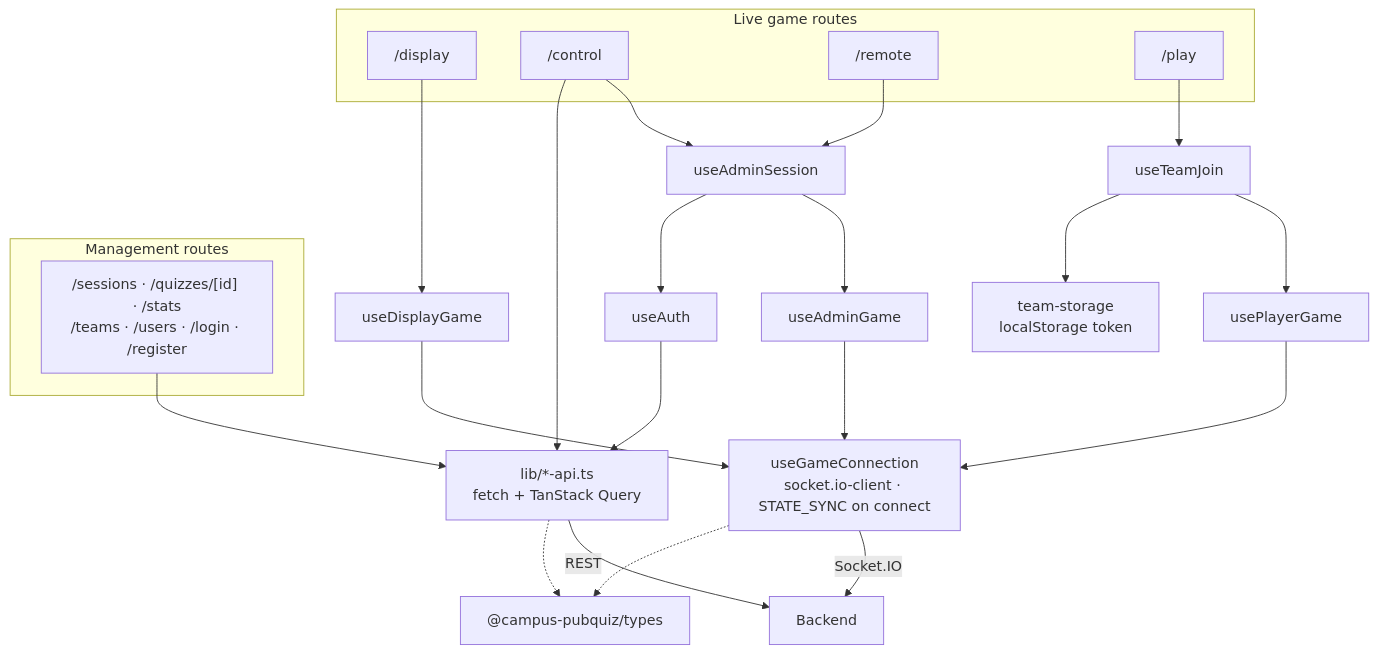
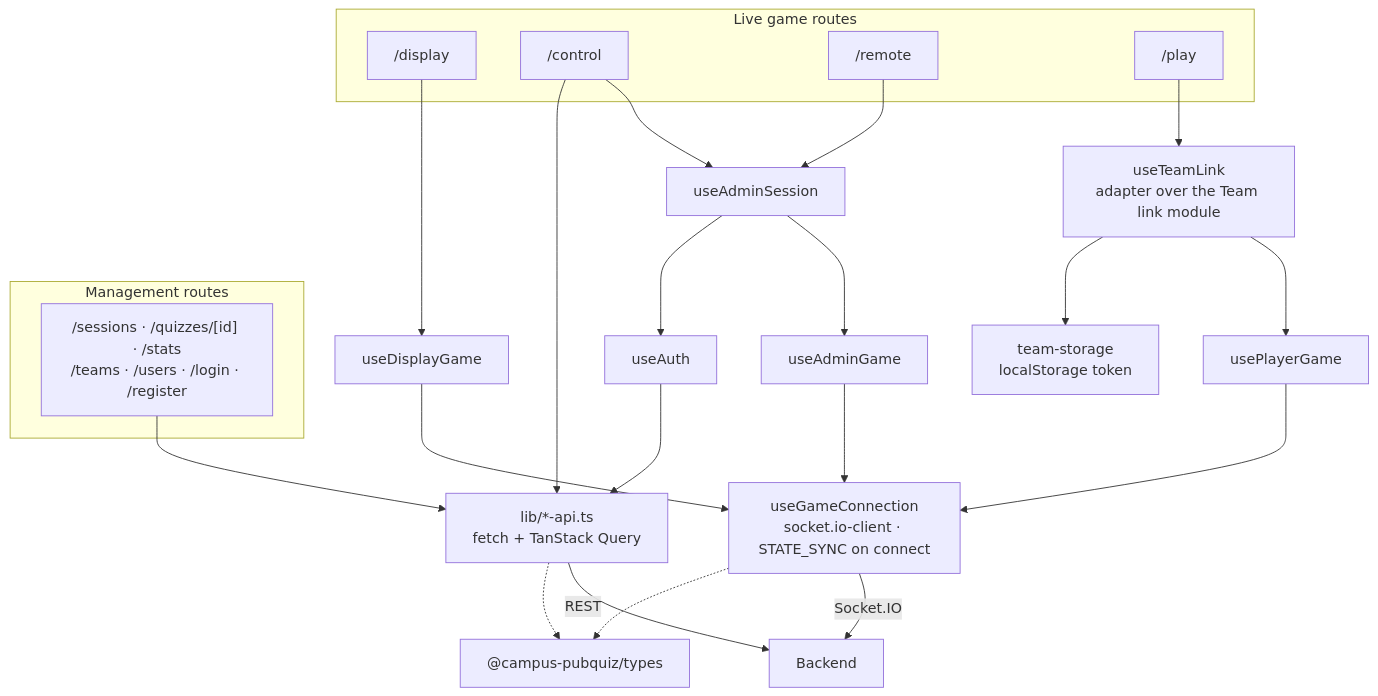
The eighth of 8 diagrams in docs/architecture.md (Sid0rr0/campus-pubquiz), drawn with Mermaid before and after one commit. The commit also changed 21 other files, not shown here.

First line of the commit message:
feat(frontend): route every team join through the Team link module

````diff
--- a/docs/architecture.md
+++ b/docs/architecture.md
@@ -307,36 +307,36 @@
 ```mermaid
 flowchart TD
   subgraph live["Live game routes"]
     display["/display"]
     control["/control"]
     remote["/remote"]
     play["/play"]
   end
   subgraph manage["Management routes"]
     pages["/sessions · /quizzes/[id] · /stats<br/>/teams · /users · /login · /register"]
   end
 
   useDisplay["useDisplayGame"]
   useAdminSession["useAdminSession"]
   useAdmin["useAdminGame"]
-  useTeamJoin["useTeamJoin"]
+  useTeamLink["useTeamLink<br/>adapter over the Team link module"]
   usePlayer["usePlayerGame"]
   useAuth["useAuth"]
   conn["useGameConnection<br/>socket.io-client · STATE_SYNC on connect"]
   api["lib/*-api.ts<br/>fetch + TanStack Query"]
   storage["team-storage<br/>localStorage token"]
   types["@campus-pubquiz/types"]
   be["Backend"]
 
   display --> useDisplay --> conn
   control & remote --> useAdminSession --> useAdmin --> conn
   useAdminSession --> useAuth
-  play --> useTeamJoin --> usePlayer --> conn
-  useTeamJoin --> storage
+  play --> useTeamLink --> usePlayer --> conn
+  useTeamLink --> storage
   pages --> api
   control --> api
   useAuth --> api
   conn -->|Socket.IO| be
   api -->|REST| be
   conn & api -.-> types
 ```
````
